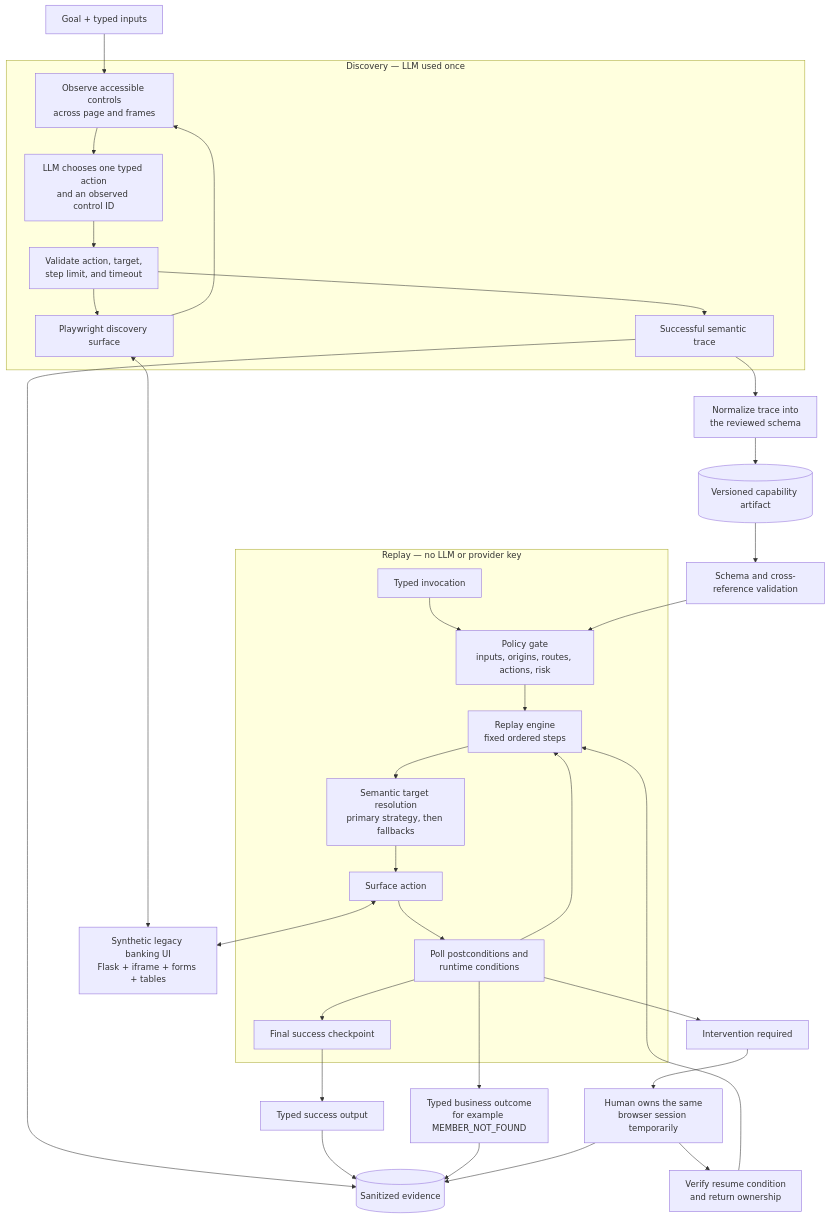
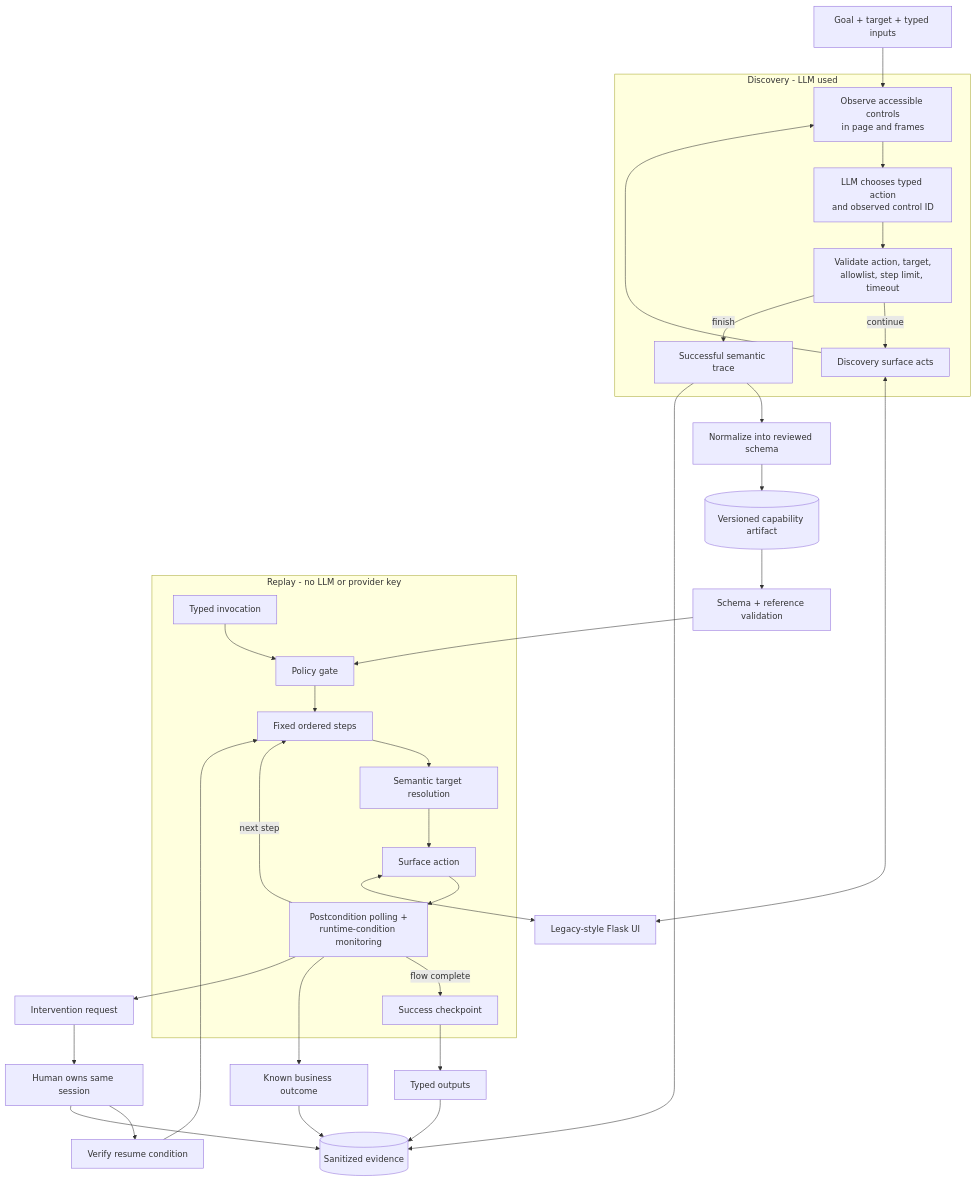
One commit to ritikverma2000/understudy changed the diagram in REPORT.md. Above: the diagram before and after it, drawn with Mermaid. The commit also changed other lines of this file and 20 other files, not shown here.

Commit message:
Harden automation safety and integrate replay handoff

````diff
--- a/REPORT.md
+++ b/REPORT.md
@@ -14,57 +12,50 @@
 ```mermaid
 flowchart TB
-    Request["Goal + typed inputs"]
+    Goal["Goal + target + typed inputs"]
+    subgraph Discovery["Discovery - LLM used"]
+        Observe["Observe accessible controls<br/>in page and frames"]
+        Model["LLM chooses typed action<br/>and observed control ID"]
+        Guard["Validate action, target,<br/>allowlist, step limit, timeout"]
+        DSurface["Discovery surface acts"]
+        Trace["Successful semantic trace"]
+        Observe --> Model --> Guard
+        Guard -->|continue| DSurface --> Observe
+        Guard -->|finish| Trace
+    end
+    App["Legacy-style Flask UI"]
+    Compile["Normalize into reviewed schema"]
+    Artifact[("Versioned capability artifact")]
+    Validate["Schema + reference validation"]
 
-    subgraph Discovery["Discovery — LLM used once"]
-        Observe["Observe accessible controls<br/>across page and frames"]
-        Model["LLM chooses one typed action<br/>and an observed control ID"]
-        Guard["Validate action, target,<br/>step limit, and timeout"]
-        DiscoverSurface["Playwright discovery surface"]
-        Trace["Successful semantic trace"]
+    Goal --> Observe
+    DSurface <--> App
+    Trace --> Compile --> Artifact --> Validate
 
-        Observe --> Model --> Guard --> DiscoverSurface
-        DiscoverSurface --> Observe
-        Guard --> Trace
+    subgraph Replay["Replay - no LLM or provider key"]
+        Invoke["Typed invocation"]
+        Policy["Policy gate"]
+        Engine["Fixed ordered steps"]
+        Resolve["Semantic target resolution"]
+        Act["Surface action"]
+        Wait["Postcondition polling +<br/>runtime-condition monitoring"]
+        Check["Success checkpoint"]
+        Invoke --> Policy --> Engine --> Resolve --> Act --> Wait
+        Wait -->|next step| Engine
+        Wait -->|flow complete| Check
     end
 
-    TargetApp["Synthetic legacy banking UI<br/>Flask + iframe + forms + tables"]
-    Compiler["Normalize trace into<br/>the reviewed schema"]
-    Artifact[("Versioned capability artifact")]
-    Review["Schema and cross-reference validation"]
-
-    Request --> Observe
-    DiscoverSurface <--> TargetApp
-    Trace --> Compiler --> Artifact --> Review
-
-    subgraph Replay["Replay — no LLM or provider key"]
-        Invocation["Typed invocation"]
-        Policy["Policy gate<br/>inputs, origins, routes, actions, risk"]
-        Engine["Replay engine<br/>fixed ordered steps"]
-        Resolver["Semantic target resolution<br/>primary strategy, then fallbacks"]
-        Execute["Surface action"]
-        Wait["Poll postconditions and<br/>runtime conditions"]
-        Checkpoint["Final success checkpoint"]
-
-        Invocation --> Policy --> Engine --> Resolver --> Execute --> Wait
-        Wait --> Engine
-        Wait --> Checkpoint
-    end
-
-    Review --> Policy
-    Execute <--> TargetApp
-
-    Success["Typed success output"]
-    Business["Typed business outcome<br/>for example MEMBER_NOT_FOUND"]
-    Intervention["Intervention required"]
-    Handoff["Human owns the same<br/>browser session temporarily"]
-    Resume["Verify resume condition<br/>and return ownership"]
+    Validate --> Policy
+    Act <--> App
+    Success["Typed outputs"]
+    Business["Known business outcome"]
+    Intervention["Intervention request"]
+    Human["Human owns same session"]
+    Resume["Verify resume condition"]
     Evidence[("Sanitized evidence")]
 
-    Checkpoint --> Success
-    Wait --> Business
-    Wait --> Intervention --> Handoff --> Resume --> Engine
+    Check --> Success --> Evidence
+    Wait --> Business --> Evidence
+    Wait --> Intervention --> Human --> Resume --> Engine
     Trace --> Evidence
-    Success --> Evidence
-    Business --> Evidence
-    Handoff --> Evidence
+    Human --> Evidence
 ```
````
